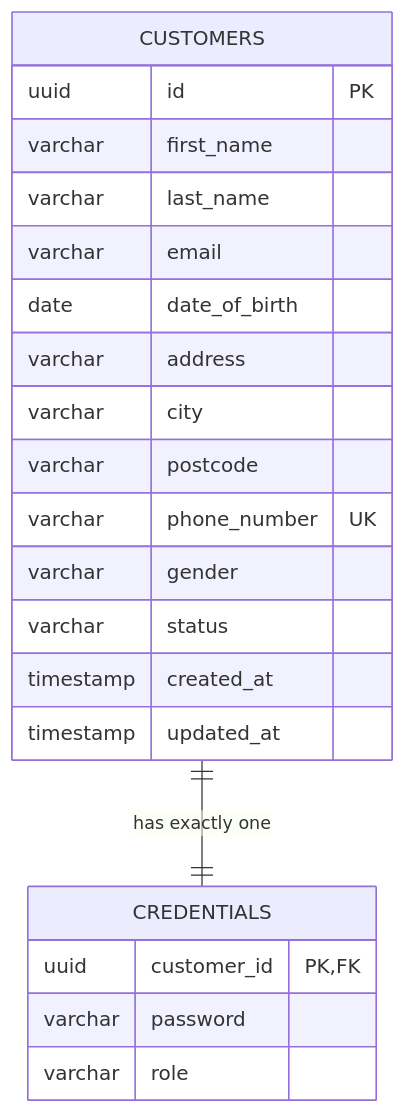
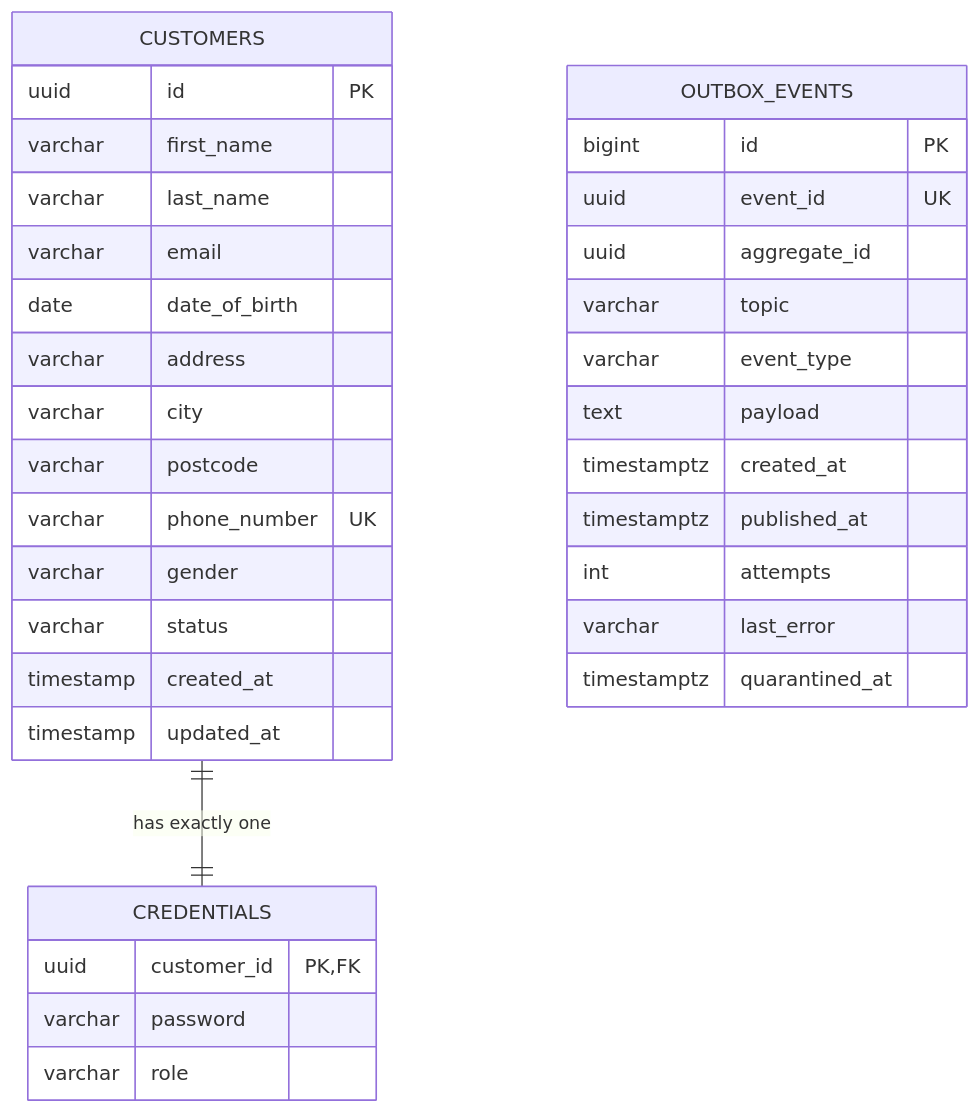
Before and after one commit to Krisliltech/northbank-customer-service: the diagram in docs/database.md, drawn with Mermaid. The commit also changed other lines of this file and 7 other files, not shown here.

Commit message:
docs: architecture, database, event contract and Kafka setup; add test TODO

````diff
--- a/docs/database.md
+++ b/docs/database.md
@@ -9,24 +9,37 @@
 ```mermaid
 erDiagram
     CUSTOMERS ||--|| CREDENTIALS : "has exactly one"
     CUSTOMERS {
         uuid id PK
         varchar first_name
         varchar last_name
         varchar email
         date date_of_birth
         varchar address
         varchar city
         varchar postcode
         varchar phone_number UK
         varchar gender
         varchar status
         timestamp created_at
         timestamp updated_at
     }
     CREDENTIALS {
         uuid customer_id PK, FK
         varchar password
         varchar role
     }
+    OUTBOX_EVENTS {
+        bigint id PK
+        uuid event_id UK
+        uuid aggregate_id
+        varchar topic
+        varchar event_type
+        text payload
+        timestamptz created_at
+        timestamptz published_at
+        int attempts
+        varchar last_error
+        timestamptz quarantined_at
+    }
 ```
````
